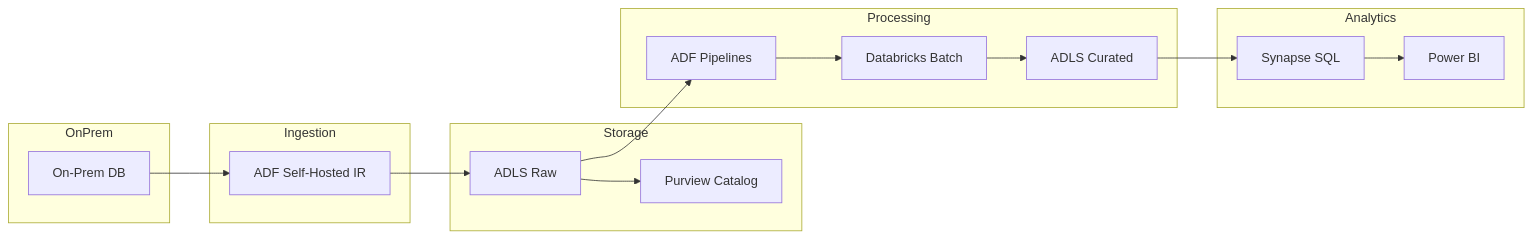
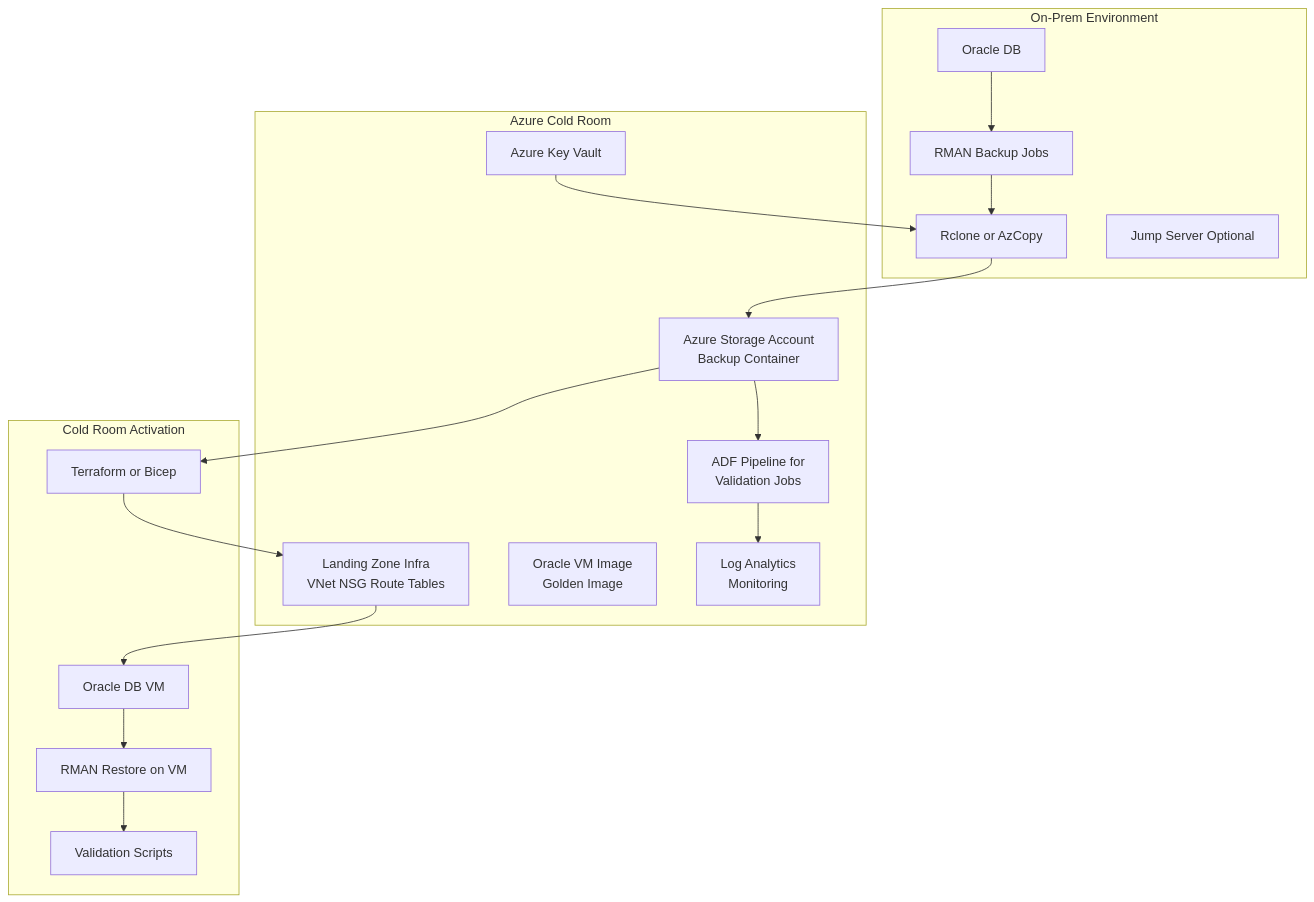
One commit to midwilshire/cold-room changed the first of 3 diagrams in cwh.md. Above: the diagram before and after it, drawn with Mermaid.

Commit message:
Refactor Cold Room flowchart in cwh.md

````diff
--- a/cwh.md
+++ b/cwh.md
@@ -2,29 +2,36 @@
 ```mermaid
-flowchart LR
-    subgraph OnPrem
-        A[On-Prem DB]
+flowchart TB
+
+    subgraph OnPrem["On-Prem Environment"]
+        DB[Oracle DB]
+        RMAN[RMAN Backup Jobs]
+        RCLONE[Rclone or AzCopy]
+        GWS[Jump Server Optional]
     end
 
-    subgraph Ingestion
-        B[ADF Self-Hosted IR]
+    DB --> RMAN --> RCLONE
+
+    subgraph AzureLanding["Azure Cold Room"]
+        SA[Azure Storage Account\nBackup Container]
+        KV[Azure Key Vault]
+        ELZ[Landing Zone Infra\nVNet NSG Route Tables]
+        VMIMG[Oracle VM Image\nGolden Image]
+        ADF[ADF Pipeline for\nValidation Jobs]
+        LOG[Log Analytics\nMonitoring]
     end
 
-    subgraph Storage
-        C[ADLS Raw]
-        D[Purview Catalog]
+    RCLONE --> SA
+    KV --> RCLONE
+    SA --> ADF --> LOG
+
+    subgraph ColdRoomActivation["Cold Room Activation"]
+        TERRAFORM[Terraform or Bicep]
+        ORAVM[Oracle DB VM]
+        RESTORE[RMAN Restore on VM]
+        TEST[Validation Scripts]
     end
 
-    subgraph Processing
-        E[ADF Pipelines]
-        F[Databricks Batch]
-        G[ADLS Curated]
-    end
-
-    subgraph Analytics
-        H[Synapse SQL]
-        I[Power BI]
-    end
-
-    A --> B --> C --> D
-    C --> E --> F --> G --> H --> I
+    SA --> TERRAFORM
+    TERRAFORM --> ELZ --> ORAVM
+    ORAVM --> RESTORE --> TEST
 ```
````
